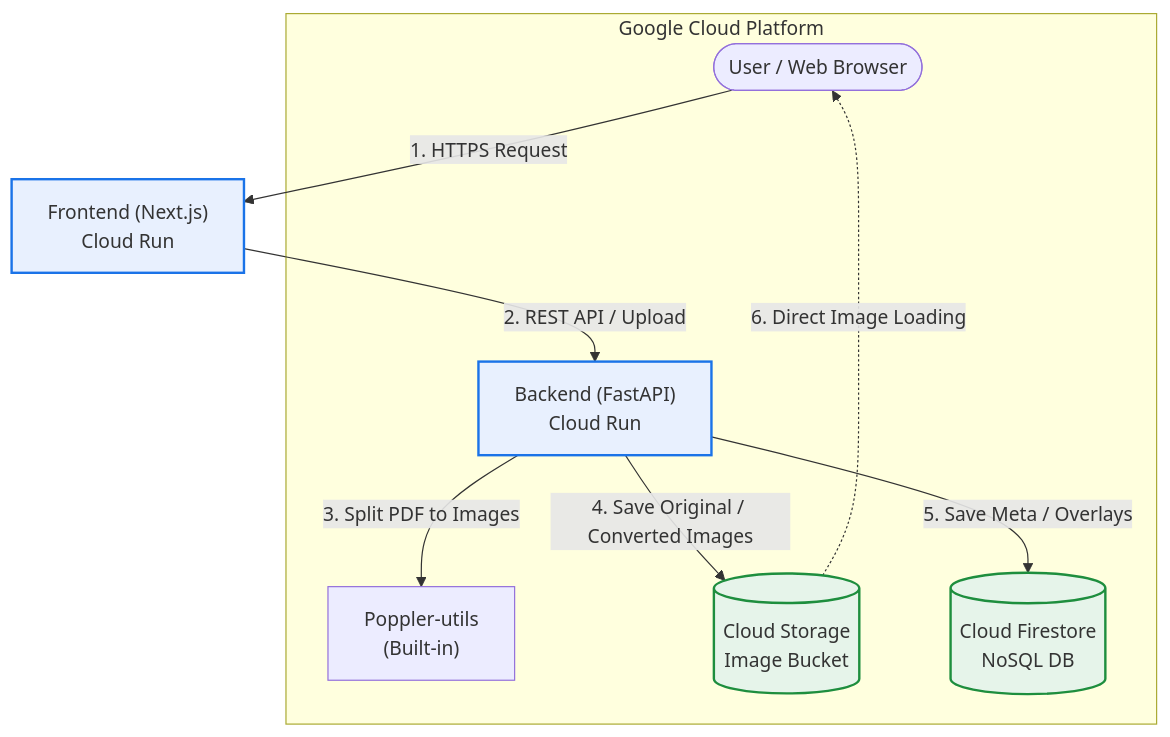
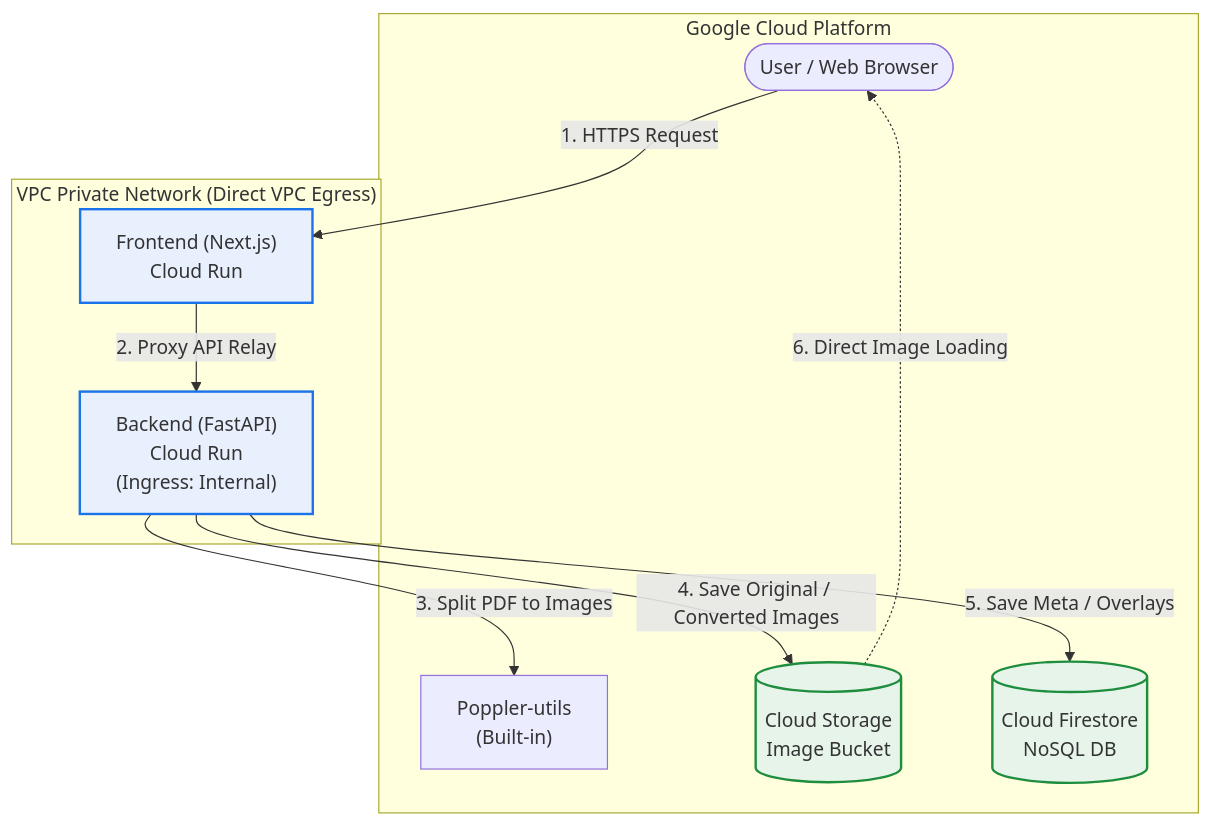
One commit to freeman9844/jjflipbook_test_001 changed the diagram in README_EN.md. Above: the diagram before and after it, drawn with Mermaid. The commit also changed 1 other file, not shown here.

Commit message:
docs: Update Mermaid architecture diagrams with Direct VPC subgraph

````diff
--- a/README_EN.md
+++ b/README_EN.md
@@ -95,18 +95,21 @@
 ```mermaid
 graph TD
     User([User / Web Browser]) -->|1. HTTPS Request| FE_Run["Frontend (Next.js) <br> Cloud Run"];
-    FE_Run -->|2. REST API / Upload| BE_Run["Backend (FastAPI) <br> Cloud Run"];
+    
+    subgraph VPC ["VPC Private Network (Direct VPC Egress)"]
+        FE_Run -->|2. Proxy API Relay| BE_Run["Backend (FastAPI) <br> Cloud Run <br> (Ingress: Internal)"];
+    end
     
     subgraph Google Cloud Platform
         BE_Run -->|3. Split PDF to Images| Poppler["Poppler-utils <br> (Built-in)"];
         BE_Run -->|4. Save Original / Converted Images| GCS[("Cloud Storage <br> Image Bucket")];
         BE_Run -->|5. Save Meta / Overlays| Firestore[("Cloud Firestore <br> NoSQL DB")];
         
         GCS -.->|6. Direct Image Loading| User;
     end
 
     style FE_Run fill:#e8f0fe,stroke:#1a73e8,stroke-width:2px
     style BE_Run fill:#e8f0fe,stroke:#1a73e8,stroke-width:2px
     style GCS fill:#e6f4ea,stroke:#1e8e3e,stroke-width:2px
     style Firestore fill:#e6f4ea,stroke:#1e8e3e,stroke-width:2px
 ```
````
